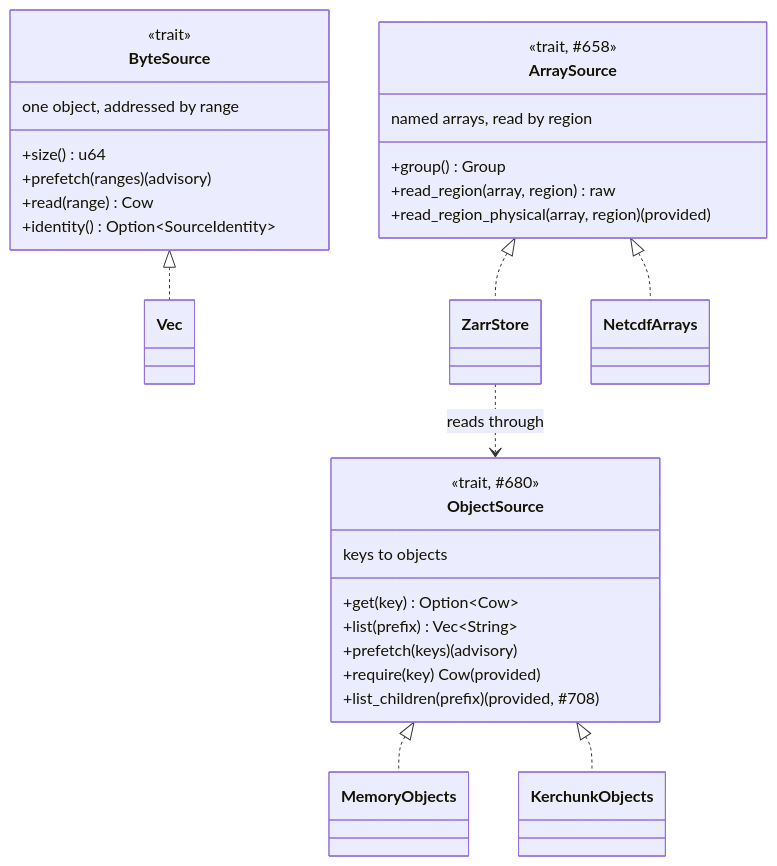
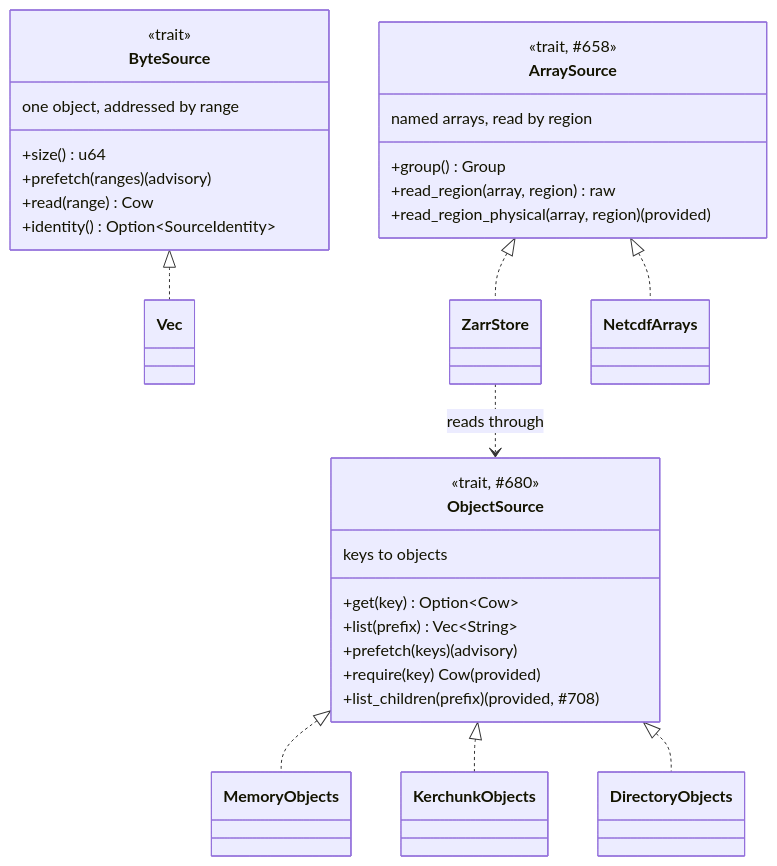
One commit to D0ubleD0uble/fieldglass changed the first of 5 diagrams in docs/architecture/02-trait-seams.md. Above: the diagram before and after it, drawn with Mermaid. The commit also changed other lines of this file and 8 other files, not shown here.

````diff
--- a/docs/architecture/02-trait-seams.md
+++ b/docs/architecture/02-trait-seams.md
@@ -152,35 +161,36 @@
 ```mermaid
 classDiagram
     class ByteSource {
         <<trait>>
         one object, addressed by range
         +size() u64
         +prefetch(ranges) (advisory)
         +read(range) Cow
         +identity() Option~SourceIdentity~
     }
     class ObjectSource {
         <<trait, #680>>
         keys to objects
         +get(key) Option~Cow~
         +list(prefix) Vec~String~
         +prefetch(keys) (advisory)
         +require(key) Cow (provided)
         +list_children(prefix) (provided, #708)
     }
 
     class ArraySource {
         <<trait, #658>>
         named arrays, read by region
         +group() Group
         +read_region(array, region) raw
         +read_region_physical(array, region) (provided)
     }
 
     ByteSource <|.. Vec
     ObjectSource <|.. MemoryObjects
     ObjectSource <|.. KerchunkObjects
+    ObjectSource <|.. DirectoryObjects
     ArraySource <|.. ZarrStore
     ArraySource <|.. NetcdfArrays
     ZarrStore ..> ObjectSource : reads through
 ```
````
